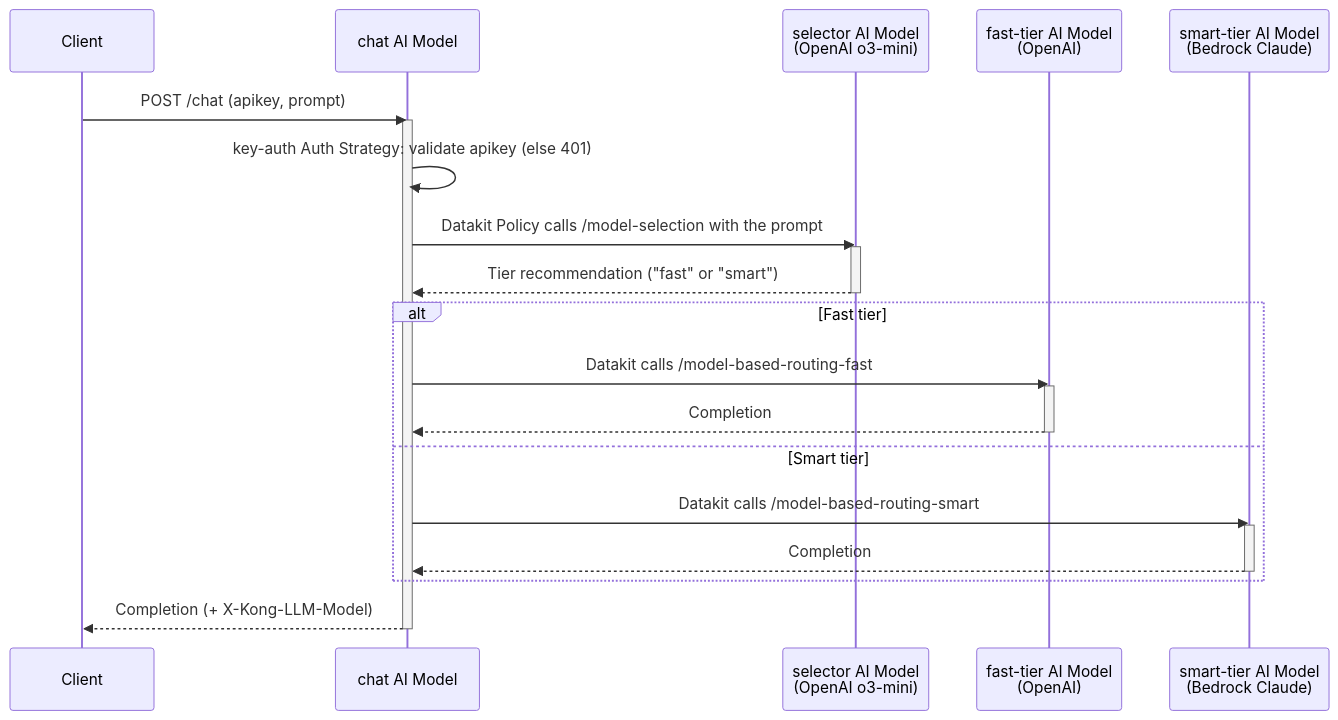
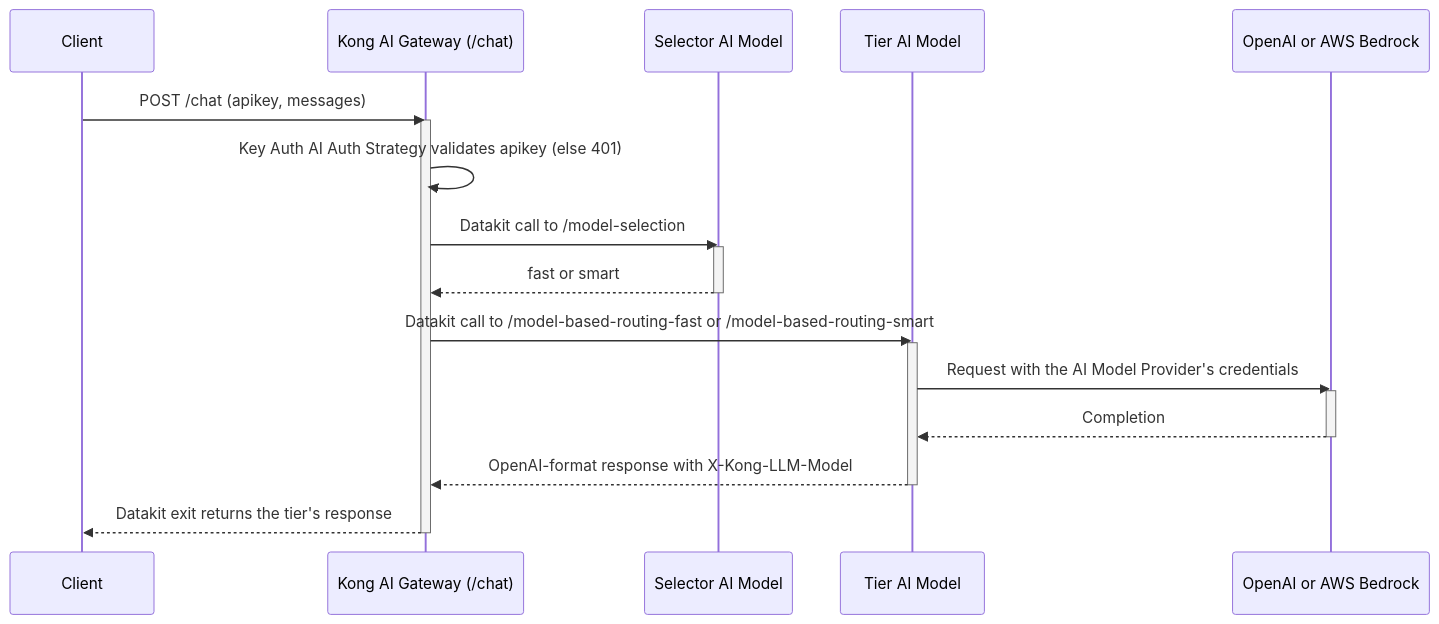
The diagram in app/_cookbooks/model-based-routing.md (Kong/developer.konghq.com), drawn with Mermaid before and after one commit. The commit also changed other lines of this file and 22 other files, not shown here.

```diff
--- a/app/_cookbooks/model-based-routing.md
+++ b/app/_cookbooks/model-based-routing.md
@@ -145,29 +661,26 @@
 {% mermaid %}
 sequenceDiagram
     participant C as Client
-    participant Chat as chat AI Model
-    participant Sel as selector AI Model<br/>(OpenAI o3-mini)
-    participant Fast as fast-tier AI Model<br/>(OpenAI)
-    participant Smart as smart-tier AI Model<br/>(Bedrock Claude)
+    participant K as Kong AI Gateway (/chat)
+    participant S as Selector AI Model
+    participant T as Tier AI Model
+    participant L as OpenAI or AWS Bedrock
 
-    C->>Chat: POST /chat (apikey, prompt)
-    activate Chat
-    Chat->>Chat: key-auth Auth Strategy: validate apikey (else 401)
-    Chat->>Sel: Datakit Policy calls /model-selection with the prompt
-    activate Sel
-    Sel-->>Chat: Tier recommendation ("fast" or "smart")
-    deactivate Sel
-    alt Fast tier
-        Chat->>Fast: Datakit calls /model-based-routing-fast
-        activate Fast
-        Fast-->>Chat: Completion
-        deactivate Fast
-    else Smart tier
-        Chat->>Smart: Datakit calls /model-based-routing-smart
-        activate Smart
-        Smart-->>Chat: Completion
-        deactivate Smart
-    end
-    Chat-->>C: Completion (+ X-Kong-LLM-Model)
-    deactivate Chat
+    C->>K: POST /chat (apikey, messages)
+    activate K
+    K->>K: Key Auth AI Auth Strategy validates apikey (else 401)
+    K->>S: Datakit call to /model-selection
+    activate S
+    S-->>K: fast or smart
+    deactivate S
+    K->>T: Datakit call to /model-based-routing-fast or /model-based-routing-smart
+    activate T
+    T->>L: Request with the AI Model Provider's credentials
+    activate L
+    L-->>T: Completion
+    deactivate L
+    T-->>K: OpenAI-format response with X-Kong-LLM-Model
+    deactivate T
+    K-->>C: Datakit exit returns the tier's response
+    deactivate K
 {% endmermaid %}
```
